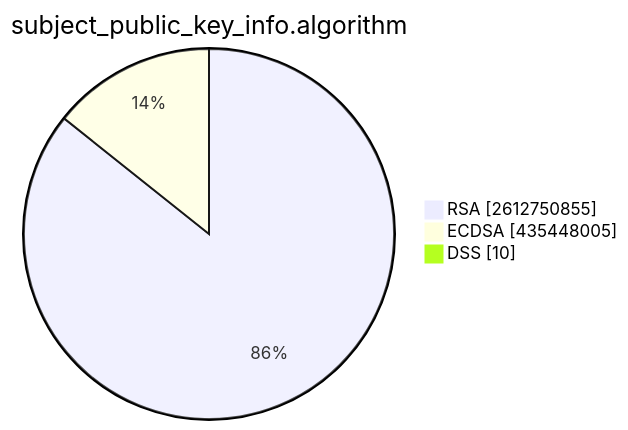
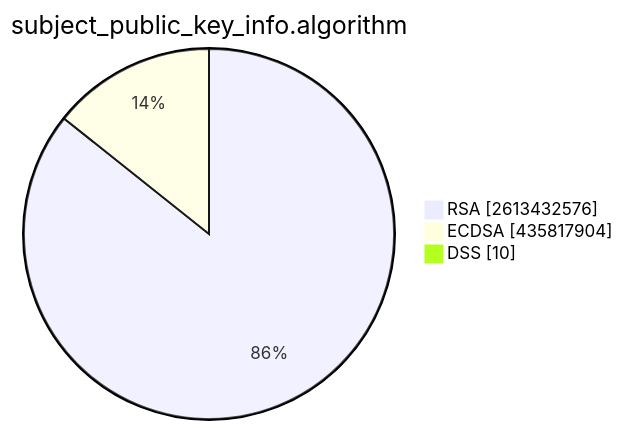
One commit to christiankrug/ctmonitor_visualization changed the second of 15 diagrams in TOTAL/README.md. Above: the diagram before and after it, drawn with Mermaid. The commit also changed other lines of this file, not shown here.

````diff
--- a/TOTAL/README.md
+++ b/TOTAL/README.md
@@ -6,7 +6,7 @@
 ```mermaid
 pie showData
 title subject_public_key_info.algorithm
-"RSA" :2612750855
-"ECDSA" :435448005
+"RSA" :2613432576
+"ECDSA" :435817904
 "DSS" :10
 ```
````
